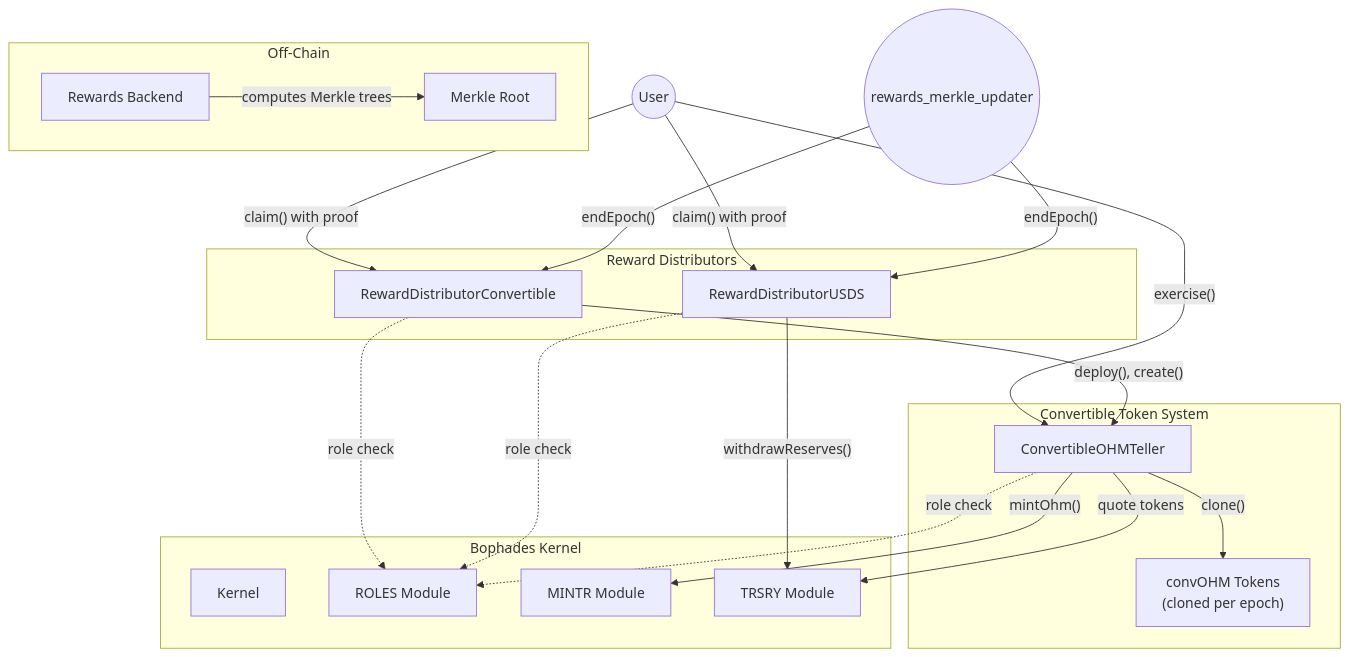
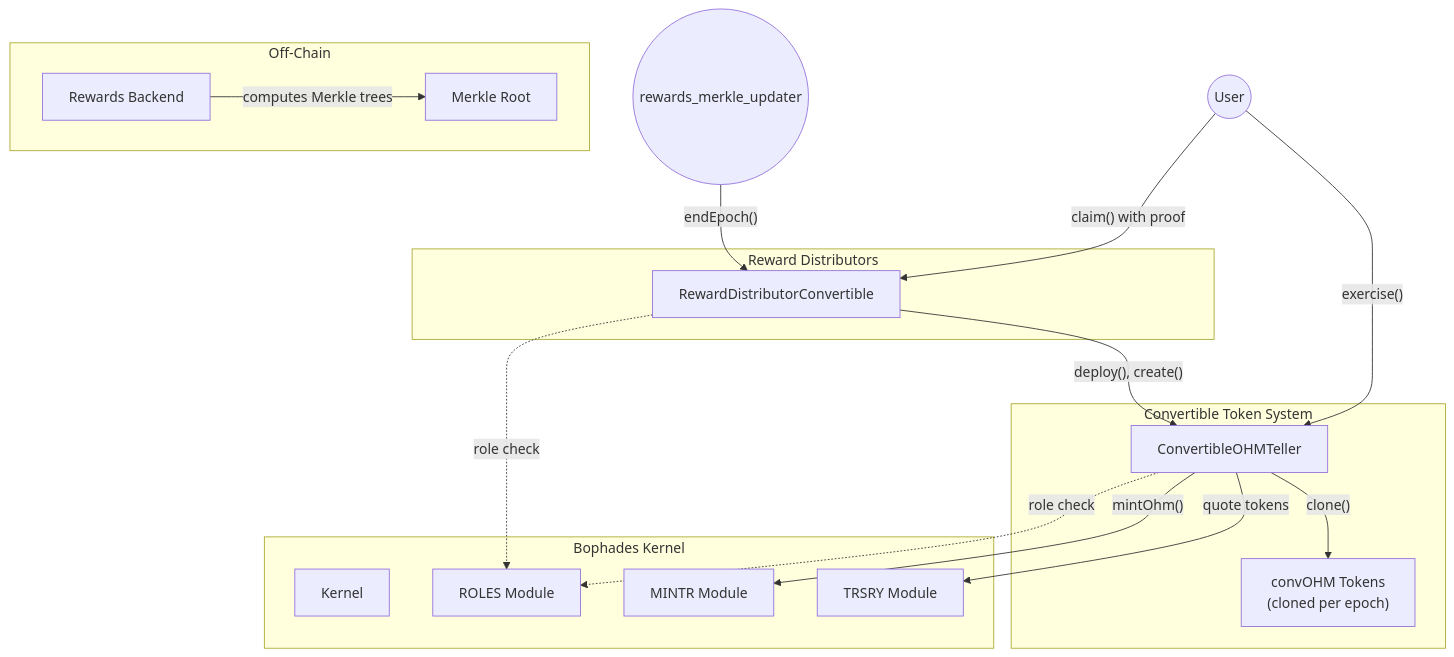
One commit to OlympusDAO/olympus-v3 changed the first of 6 diagrams in audit/2026-02_rewards/README.md. Above: the diagram before and after it, drawn with Mermaid. The commit also changed other lines of this file and 15 other files, not shown here.

Commit message:
refactor: remove USDS reward distributor; update audit scope and docs

````diff
--- a/audit/2026-02_rewards/README.md
+++ b/audit/2026-02_rewards/README.md
@@ -159,42 +131,37 @@
 ```mermaid
 flowchart TD
     subgraph Off-Chain
         Backend["Rewards Backend"]
         Backend -->|"computes Merkle trees"| MerkleRoot["Merkle Root"]
     end
 
     subgraph Bophades Kernel
         Kernel["Kernel"]
         ROLES["ROLES Module"]
         MINTR["MINTR Module"]
         TRSRY["TRSRY Module"]
     end
 
     subgraph Reward Distributors
-        DistUSDS["RewardDistributorUSDS"]
         DistConv["RewardDistributorConvertible"]
     end
 
     subgraph Convertible Token System
         Teller["ConvertibleOHMTeller"]
         ConvToken["convOHM Tokens\n(cloned per epoch)"]
     end
 
-    Admin((rewards_merkle_updater)) -->|"endEpoch()"| DistUSDS
-    Admin -->|"endEpoch()"| DistConv
+    Admin((rewards_merkle_updater)) -->|"endEpoch()"| DistConv
 
     DistConv -->|"deploy(), create()"| Teller
     Teller -->|"clone()"| ConvToken
 
-    User((User)) -->|"claim() with proof"| DistUSDS
-    User -->|"claim() with proof"| DistConv
+    User((User)) -->|"claim() with proof"| DistConv
     User -->|"exercise()"| Teller
 
-    DistUSDS -->|"withdrawReserves()"| TRSRY
     Teller -->|"mintOhm()"| MINTR
     Teller -->|"quote tokens"| TRSRY
 
-    DistUSDS -.->|"role check"| ROLES
     DistConv -.->|"role check"| ROLES
     Teller -.->|"role check"| ROLES
 ```
````
